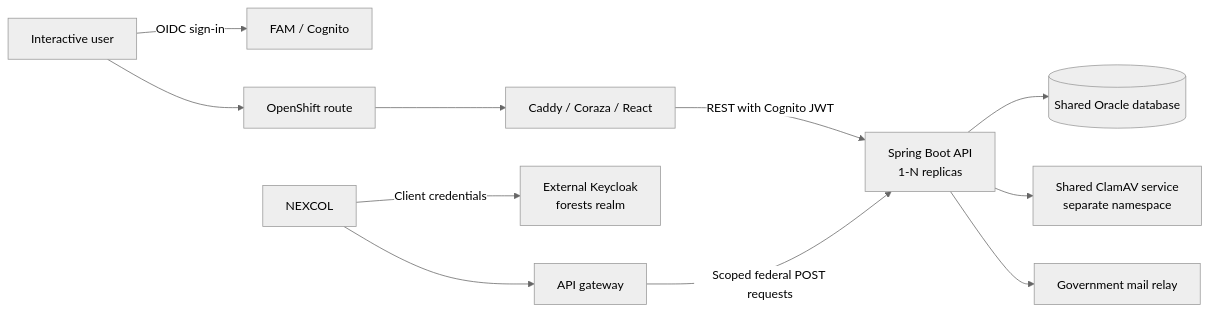
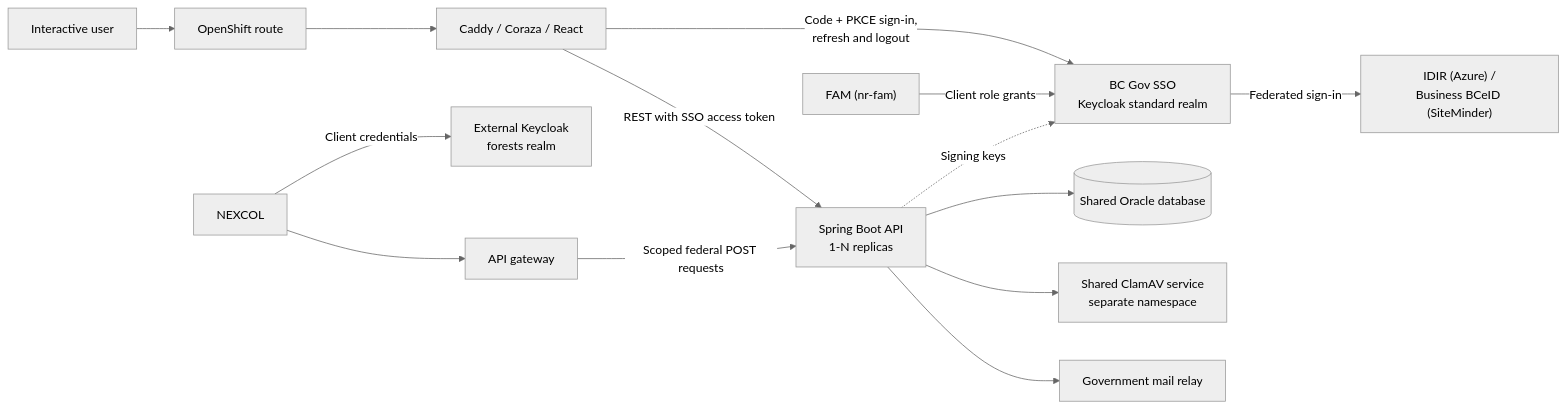
Before and after one commit to bcgov/nr-lexis: the first of 4 diagrams in docs/architecture.md, drawn with Mermaid (neutral theme). The commit also changed other lines of this file and 132 other files, not shown here.

Commit message:
feat: migrate authentication to BC Gov SSO with FAM regional roles (#258)

````diff
--- a/docs/architecture.md
+++ b/docs/architecture.md
@@ -9,15 +9,18 @@
 ```mermaid
 flowchart LR
-    User["Interactive user"] -->|OIDC sign-in| Cognito["FAM / Cognito"]
-    User --> Route["OpenShift route"]
+    User["Interactive user"] --> Route["OpenShift route"]
     Route --> Frontend["Caddy / Coraza / React"]
-    Frontend -->|REST with Cognito JWT| Backend["Spring Boot API<br/>1-N replicas"]
+    Frontend -->|"Code + PKCE sign-in,<br/>refresh and logout"| Sso["BC Gov SSO<br/>Keycloak standard realm"]
+    Sso -->|Federated sign-in| Idp["IDIR (Azure) /<br/>Business BCeID (SiteMinder)"]
+    Fam["FAM (nr-fam)"] -->|Client role grants| Sso
+    Frontend -->|REST with SSO access token| Backend["Spring Boot API<br/>1-N replicas"]
+    Backend -.->|Signing keys| Sso
 
     Nexcol[NEXCOL] -->|Client credentials| Keycloak["External Keycloak<br/>forests realm"]
     Nexcol --> Gateway["API gateway"]
     Gateway -->|Scoped federal POST requests| Backend
 
     Backend --> Oracle[("Shared Oracle database")]
     Backend --> ClamAV["Shared ClamAV service<br/>separate namespace"]
     Backend --> Mail["Government mail relay"]
 ```
````
